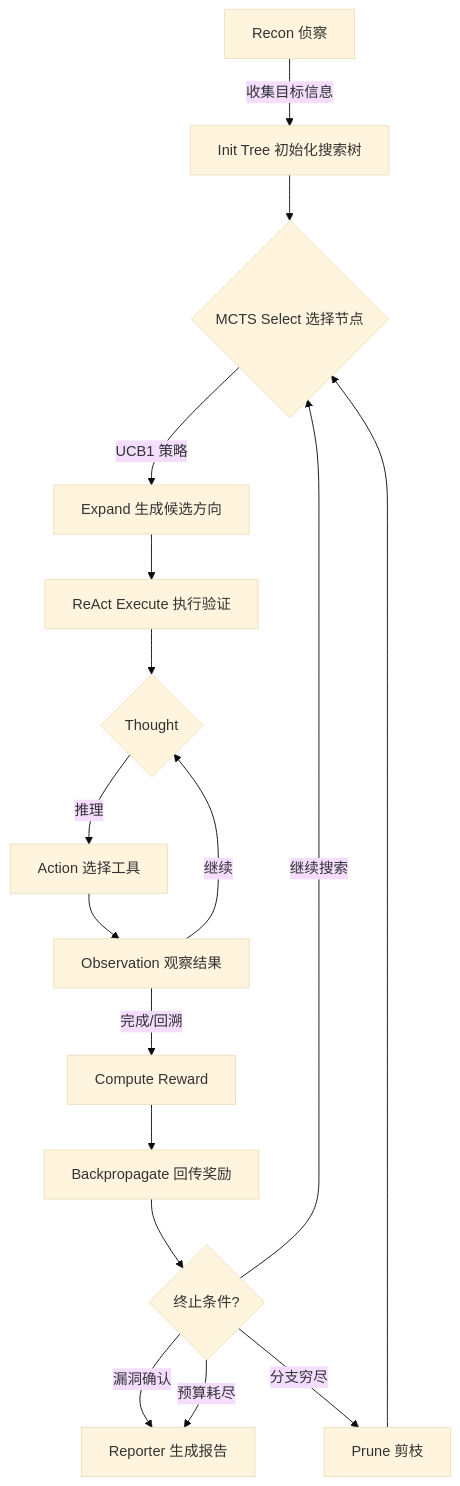
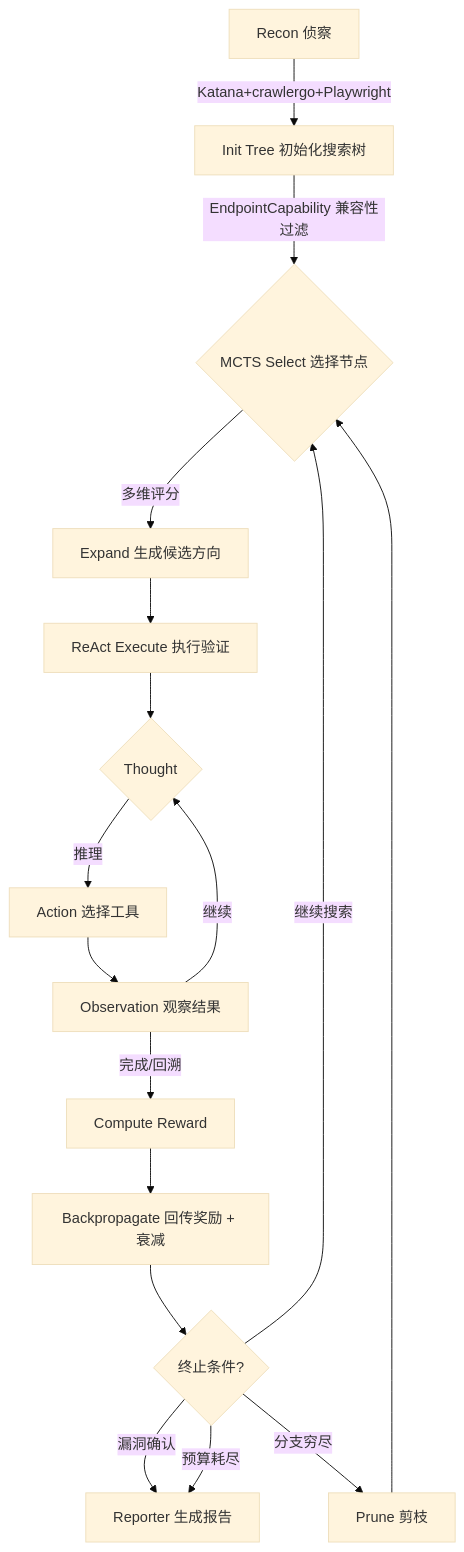
Before and after one commit to R0x7e/Argus: the diagram in README.md, drawn with Mermaid (base theme). The commit also changed other lines of this file and 15 other files, not shown here.

````diff
--- a/README.md
+++ b/README.md
@@ -407,21 +457,21 @@
 ```mermaid
 graph TD
-    A[Recon 侦察] -->|收集目标信息| B[Init Tree 初始化搜索树]
-    B --> C{MCTS Select 选择节点}
-    C -->|UCB1 策略| D[Expand 生成候选方向]
+    A[Recon 侦察] -->|Katana+crawlergo+Playwright| B[Init Tree 初始化搜索树]
+    B -->|EndpointCapability 兼容性过滤| C{MCTS Select 选择节点}
+    C -->|多维评分| D[Expand 生成候选方向]
     D --> E[ReAct Execute 执行验证]
 
     E --> F{Thought}
     F -->|推理| G[Action 选择工具]
     G --> H[Observation 观察结果]
     H -->|继续| F
     H -->|完成/回溯| I[Compute Reward]
 
-    I --> J[Backpropagate 回传奖励]
+    I --> J[Backpropagate 回传奖励 + 衰减]
     J --> K{终止条件?}
     K -->|漏洞确认| L[Reporter 生成报告]
     K -->|预算耗尽| L
     K -->|继续搜索| C
     K -->|分支穷尽| M[Prune 剪枝]
     M --> C
 ```
````
